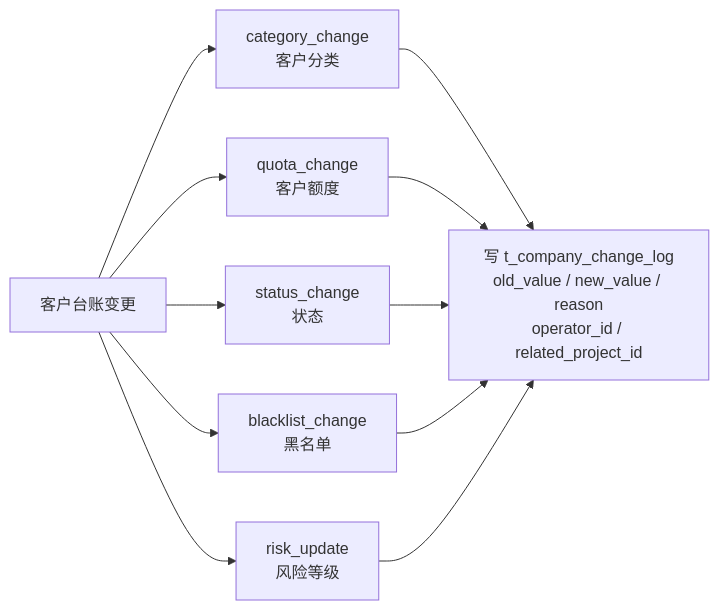
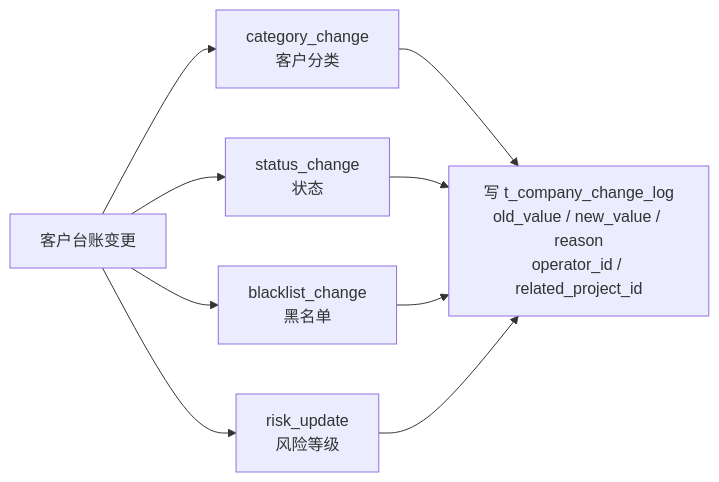
Before and after one commit to Ummyue/gyt-admin: the third of 7 diagrams in docs-v2/02.02-客户管理.md, drawn with Mermaid. The commit also changed other lines of this file and 40 other files, not shown here.

````diff
--- a/docs-v2/02.02-客户管理.md
+++ b/docs-v2/02.02-客户管理.md
@@ -204,13 +232,11 @@
 ```mermaid
 flowchart LR
     L["客户台账变更"] --> T1["category_change<br/>客户分类"]
-    L --> T2["quota_change<br/>客户额度"]
     L --> T3["status_change<br/>状态"]
     L --> T4["blacklist_change<br/>黑名单"]
     L --> T5["risk_update<br/>风险等级"]
     T1 --> LOG["写 t_company_change_log<br/>old_value / new_value / reason<br/>operator_id / related_project_id"]
-    T2 --> LOG
     T3 --> LOG
     T4 --> LOG
     T5 --> LOG
 ```
````
